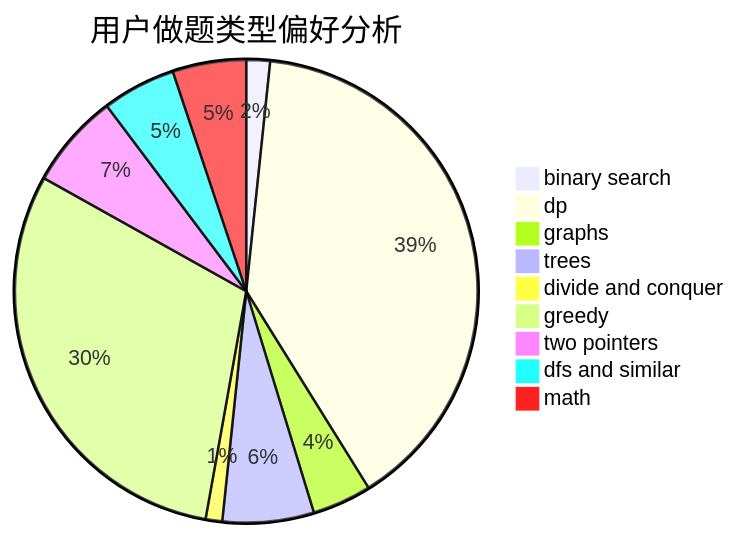
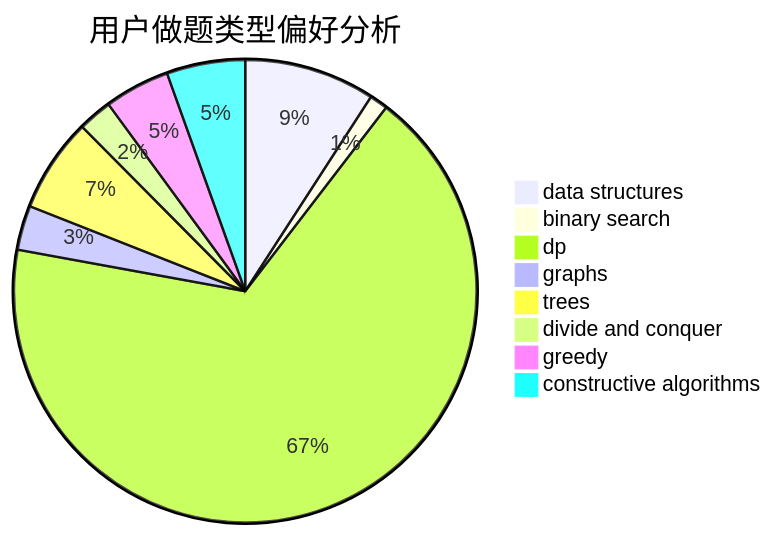
One commit to sherpahu/cfrs.github.io changed the second of 3 diagrams in docs/user/u1234.md. Above: the diagram before and after it, drawn with Mermaid. The commit also changed other lines of this file and 2775 other files, not shown here.

````diff
--- a/docs/user/u1234.md
+++ b/docs/user/u1234.md
@@ -23,12 +23,11 @@
 ```mermaid
 pie title 用户做题类型偏好分析
-    "binary search" :  20
-    "dp" :  477
-    "graphs" :  50
-    "trees" :  77
-    "divide and conquer" :  14
-    "greedy" :  366
-    "two pointers" :  80
-    "dfs and similar" :  62
-    "math" :  62
+    "data structures" :  50
+    "binary search" :  7
+    "dp" :  369
+    "graphs" :  17
+    "trees" :  36
+    "divide and conquer" :  13
+    "greedy" :  25
+    "constructive algorithms" :  30
 ```
````
